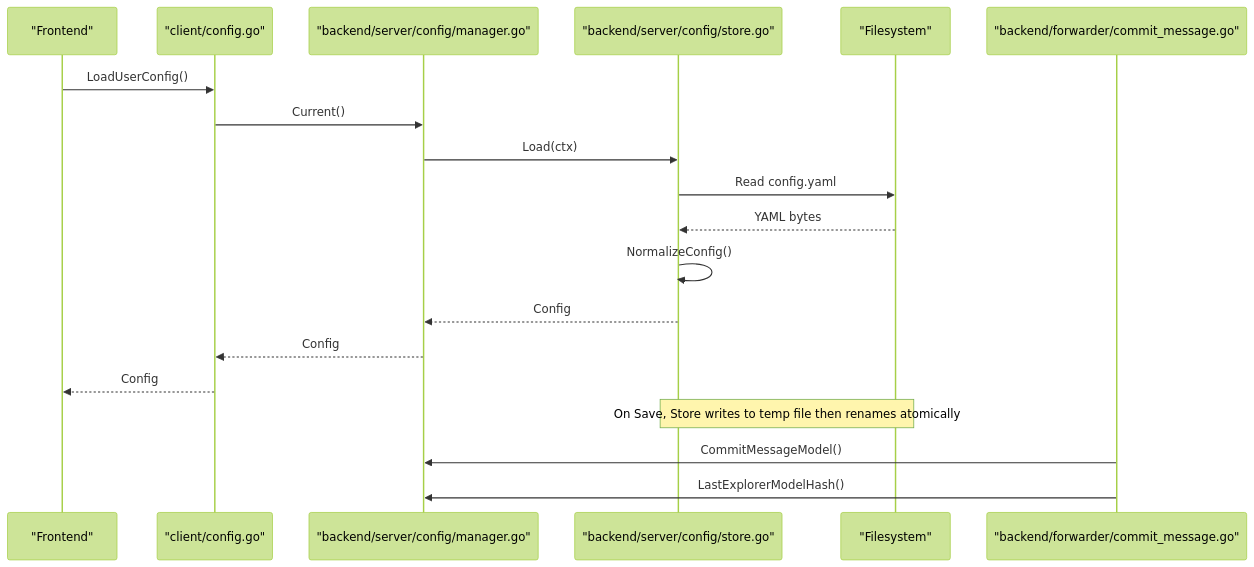
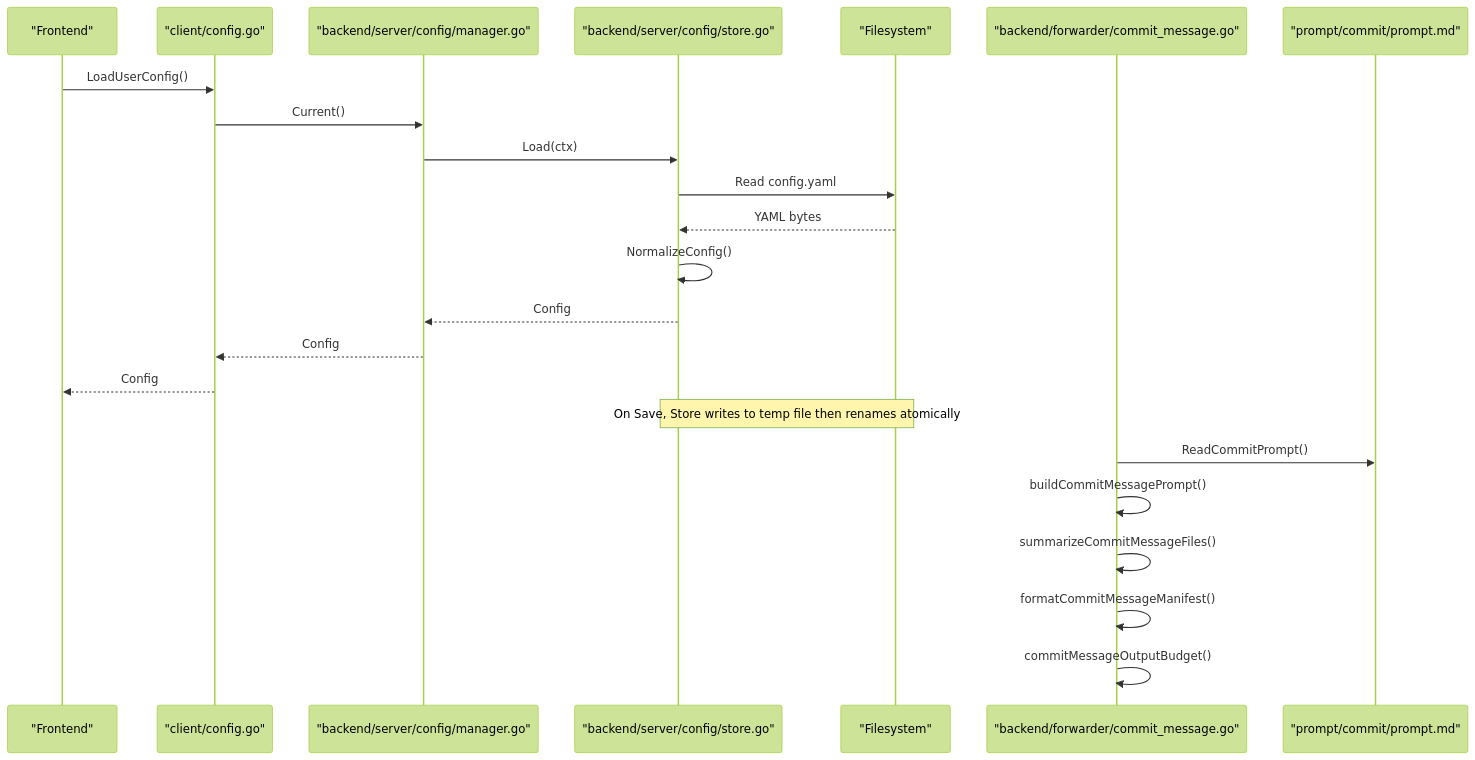
The second of 10 diagrams in .qoder/repowiki/en/content/Configuration System/Configuration System.md (philau2512/cursor-byok-go-v2), drawn with Mermaid (forest theme) before and after one commit. The commit also changed other lines of this file and 49 other files, not shown here.

First line of the commit message:
feat(commit_message): enhance commit message generation with adaptive token budgeting and file change manifests

````diff
--- a/.qoder/repowiki/en/content/Configuration System/Configuration System.md
+++ b/.qoder/repowiki/en/content/Configuration System/Configuration System.md
@@ -144,21 +150,25 @@
 ```mermaid
 sequenceDiagram
 participant Frontend as "Frontend"
 participant Client as "client/config.go"
 participant Manager as "backend/server/config/manager.go"
 participant Store as "backend/server/config/store.go"
 participant FS as "Filesystem"
 participant Forwarder as "backend/forwarder/commit_message.go"
+participant PromptAssets as "prompt/commit/prompt.md"
 Frontend->>Client : LoadUserConfig()
 Client->>Manager : Current()
 Manager->>Store : Load(ctx)
 Store->>FS : Read config.yaml
 FS-->>Store : YAML bytes
 Store->>Store : NormalizeConfig()
 Store-->>Manager : Config
 Manager-->>Client : Config
 Client-->>Frontend : Config
 Note over Store,FS : On Save, Store writes to temp file then renames atomically
-Forwarder->>Manager : CommitMessageModel()
-Forwarder->>Manager : LastExplorerModelHash()
+Forwarder->>PromptAssets : ReadCommitPrompt()
+Forwarder->>Forwarder : buildCommitMessagePrompt()
+Forwarder->>Forwarder : summarizeCommitMessageFiles()
+Forwarder->>Forwarder : formatCommitMessageManifest()
+Forwarder->>Forwarder : commitMessageOutputBudget()
 ```
````
